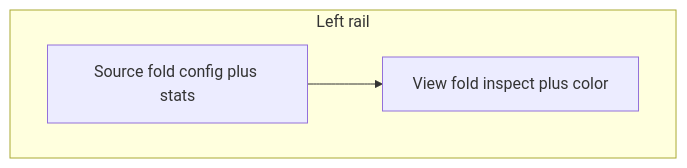
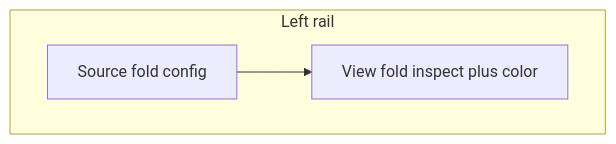
The sixth of 31 diagrams in architecture.md (PiMaV/DONNER), drawn with Mermaid before and after one commit. The commit also changed other lines of this file and 26 other files, not shown here.

````diff
--- a/architecture.md
+++ b/architecture.md
@@ -145,8 +166,8 @@
 ```mermaid
 flowchart TB
   subgraph rail [Left rail]
-    srcFold[Source fold config plus stats]
+    srcFold[Source fold config]
     viewFold[View fold inspect plus color]
     srcFold --> viewFold
   end
 ```
````
